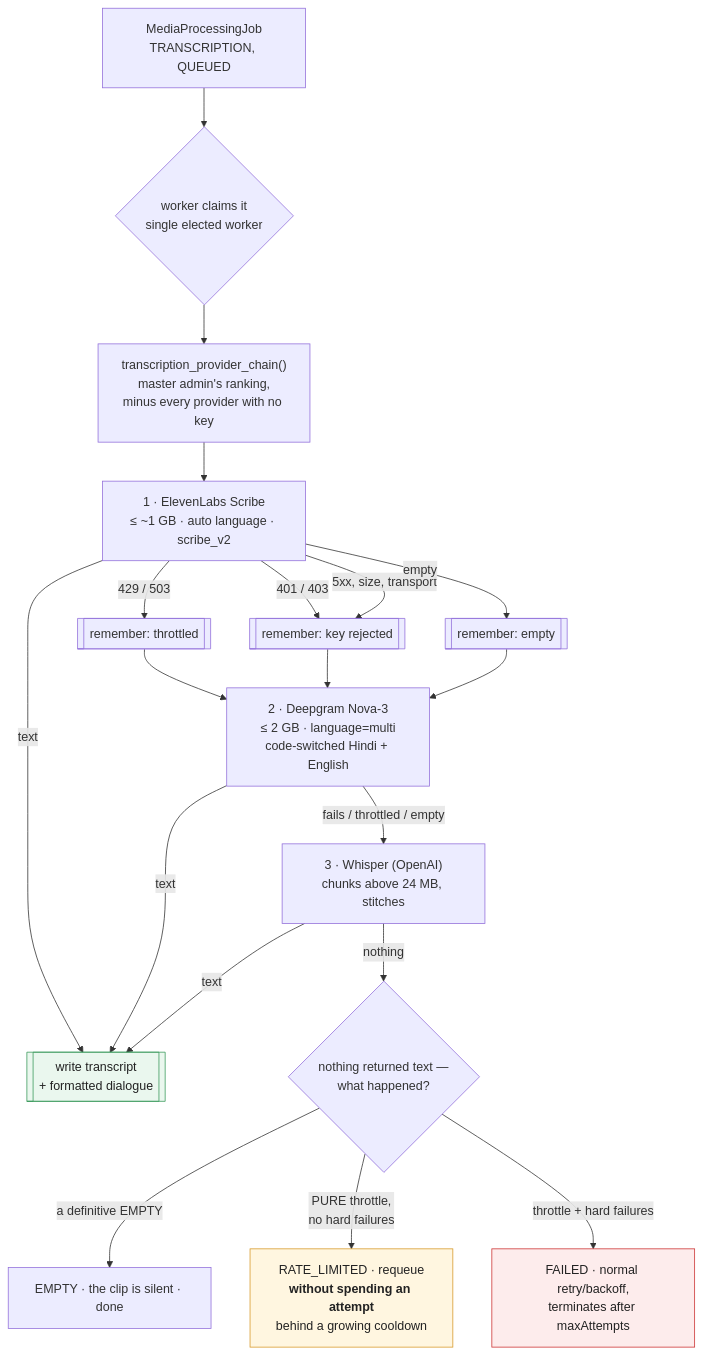
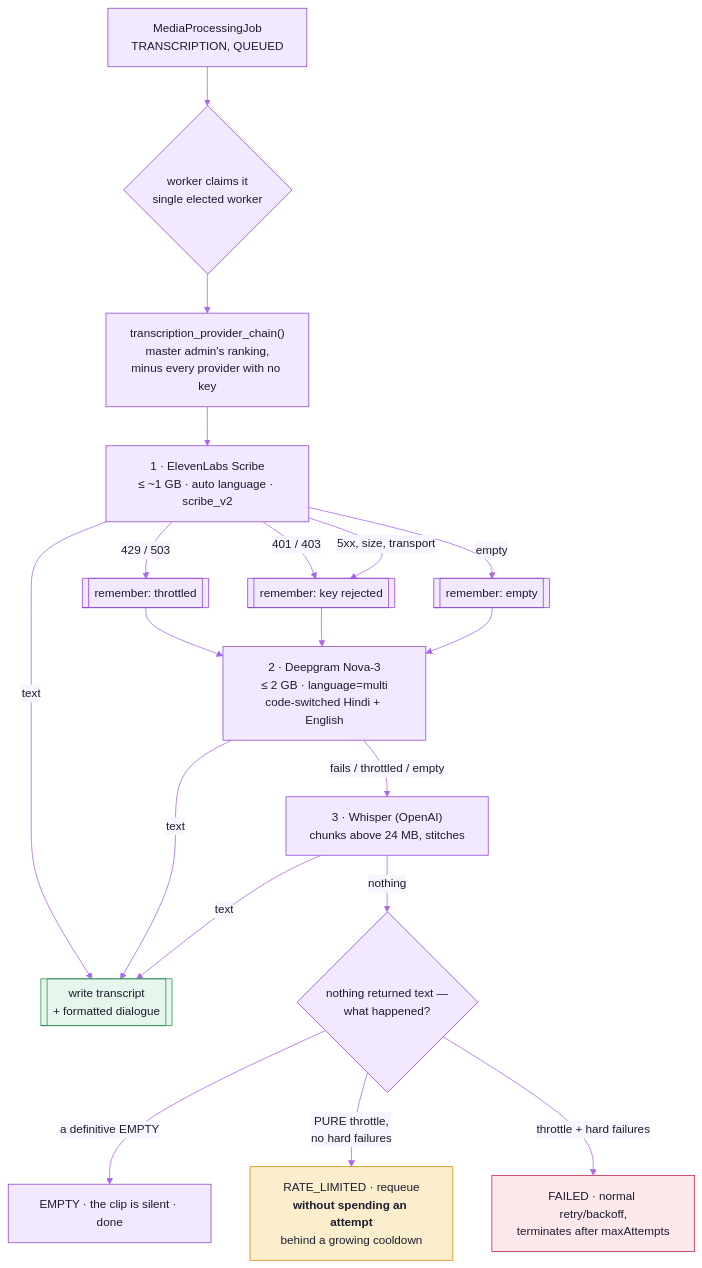
One commit to cxacraftecosystem-ui/documentation-portal changed the eighth of 14 diagrams in docs/ARCHITECTURE.md. Above: the diagram before and after it, drawn with Mermaid. The commit also changed other lines of this file and 106 other files, not shown here.

First line of the commit message:
README showcase: the front page rebuilt on the README kit (copied from designer-portal) with Field Repository content, the readme-check workflow, every docs diagram themed, and the docs brought to 0.0.10

````diff
--- a/docs/ARCHITECTURE.md
+++ b/docs/ARCHITECTURE.md
@@ -329,31 +348,32 @@
 ```mermaid
+%%{init: {"theme":"base","themeVariables":{"fontFamily":"Inter, ui-sans-serif, system-ui, -apple-system, Segoe UI, Roboto, Helvetica, Arial, sans-serif","fontSize":"15px","primaryColor":"#F2E9FE","primaryTextColor":"#1E1B2E","primaryBorderColor":"#9148D2","secondaryColor":"#FAEECD","secondaryTextColor":"#1E1B2E","secondaryBorderColor":"#CD9200","tertiaryColor":"#F3F1FA","tertiaryTextColor":"#1E1B2E","tertiaryBorderColor":"#A7A3BC","mainBkg":"#F2E9FE","nodeBorder":"#9148D2","nodeTextColor":"#1E1B2E","lineColor":"#AA69E9","textColor":"#857F9E","edgeLabelBackground":"#F9F5FF","clusterBkg":"#F9F5FF","clusterBorder":"#D6B6FB","titleColor":"#762CB1","noteBkgColor":"#FAEECD","noteTextColor":"#1E1B2E","noteBorderColor":"#CD9200","actorBkg":"#F2E9FE","actorBorder":"#9148D2","actorTextColor":"#1E1B2E","actorLineColor":"#AA69E9","signalColor":"#AA69E9","signalTextColor":"#857F9E","labelBoxBkgColor":"#F2E9FE","labelBoxBorderColor":"#9148D2","labelTextColor":"#1E1B2E","loopTextColor":"#857F9E","activationBkgColor":"#E7D5FE","activationBorderColor":"#9148D2","sequenceNumberColor":"#FFFFFF","transitionColor":"#AA69E9","transitionLabelColor":"#857F9E","stateLabelColor":"#1E1B2E","stateBkg":"#F2E9FE","compositeBackground":"#F9F5FF","compositeTitleBackground":"#F2E9FE","attributeBackgroundColorOdd":"#FFFFFF","attributeBackgroundColorEven":"#F9F5FF","relationColor":"#AA69E9","relationLabelBackground":"#F9F5FF","relationLabelColor":"#1E1B2E"}}}%%
 flowchart TD
   job["MediaProcessingJob<br/>TRANSCRIPTION, QUEUED"] --> claim{"worker claims it<br/>single elected worker"}
   claim --> chain["transcription_provider_chain()<br/>master admin's ranking,<br/>minus every provider with no key"]
   chain --> p1["1 · ElevenLabs Scribe<br/>≤ ~1 GB · auto language · scribe_v2"]
 
   p1 -->|text| done[["write transcript<br/>+ formatted dialogue"]]
   p1 -->|"429 / 503"| rl1[[remember: throttled]]
   p1 -->|"401 / 403"| hf1[[remember: key rejected]]
   p1 -->|"5xx, size, transport"| hf1
   p1 -->|empty| e1[[remember: empty]]
 
   rl1 --> p2
   hf1 --> p2
   e1 --> p2
   p2["2 · Deepgram Nova-3<br/>≤ 2 GB · language=multi<br/>code-switched Hindi + English"]
 
   p2 -->|text| done
   p2 -->|fails / throttled / empty| p3
   p3["3 · Whisper (OpenAI)<br/>chunks above 24 MB, stitches"]
   p3 -->|text| done
   p3 -->|nothing| resolve{"nothing returned text —<br/>what happened?"}
 
   resolve -->|"a definitive EMPTY"| empty["EMPTY · the clip is silent · done"]
   resolve -->|"PURE throttle,<br/>no hard failures"| rate["RATE_LIMITED · requeue<br/><b>without spending an attempt</b><br/>behind a growing cooldown"]
   resolve -->|"throttle + hard failures"| failed["FAILED · normal retry/backoff,<br/>terminates after maxAttempts"]
 
-  style rate fill:#fff6e0,stroke:#d89a2a,color:#222
-  style failed fill:#fdecec,stroke:#c33,color:#222
-  style done fill:#eaf7ee,stroke:#3a9a5c,color:#222
+  style rate fill:#FAEECD,stroke:#CD9200,color:#1E1B2E
+  style failed fill:#FDE8EC,stroke:#C0264B,color:#1E1B2E
+  style done fill:#E6F6EC,stroke:#2F8F57,color:#1E1B2E
 ```
````
